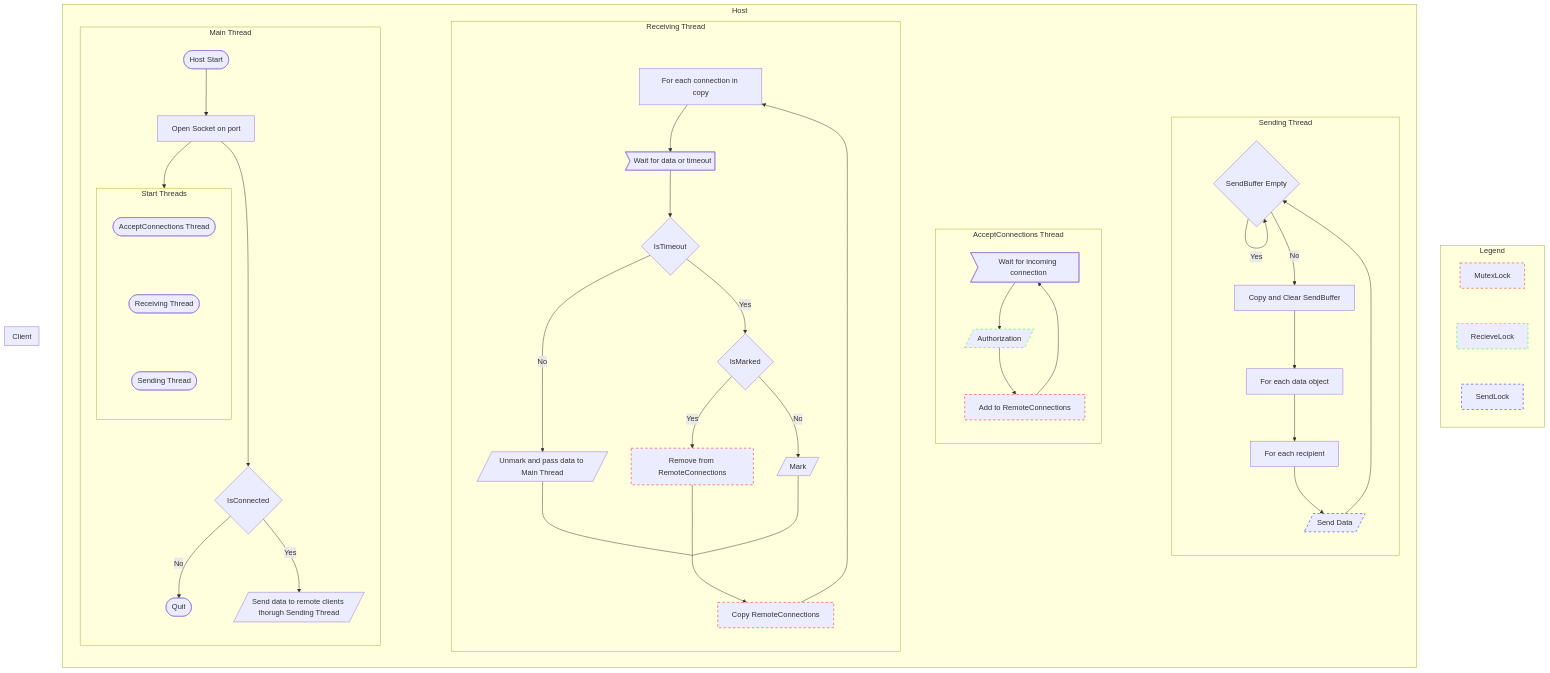
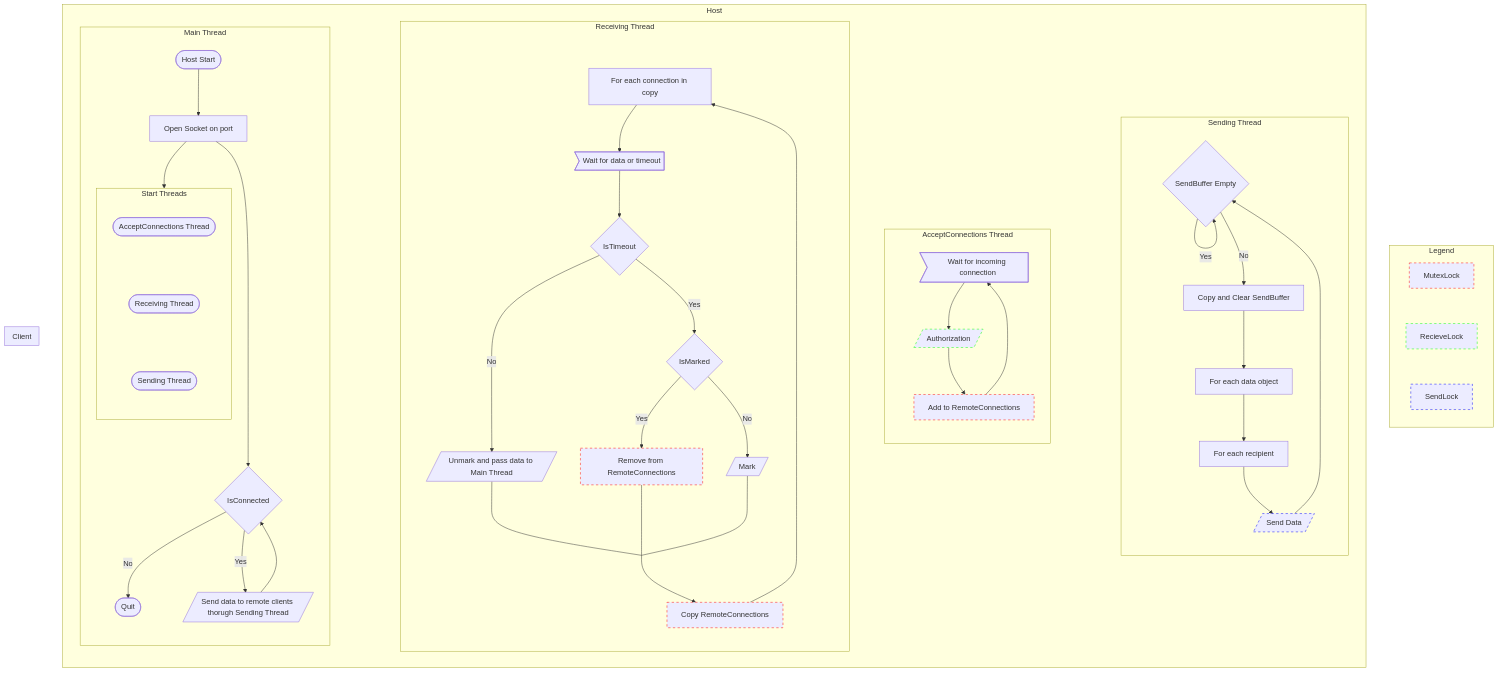
One commit to GMcMichael/ThornNetworking changed the diagram in README.md. Above: the diagram before and after it, drawn with Mermaid.

````diff
--- a/README.md
+++ b/README.md
@@ -1,52 +1,52 @@
 ```mermaid
 flowchart
     subgraph Legend
         direction TB
         ml[MutexLock]:::MutexLock ~~~ rl[RecieveLock]:::RecieveLock ~~~ sl[SendLock]:::SendLock
     end
     subgraph Host
         direction LR
         mt ~~~~ rt ~~~ act ~~~~ st
         subgraph mt [Main Thread]
             direction TB
             A1([Host Start])-->B1[Open Socket on port]
             B1--->D1{IsConnected}
             D1-- No -->E1([Quit])
-            D1-- Yes -->F1[/Send data to remote clients thorugh Sending Thread/]
+            D1-- Yes -->F1[/Send data to remote clients thorugh Sending Thread/] --> D1
             B1-->st1
             subgraph st1 [Start Threads]
                 direction TB
                 G1([AcceptConnections Thread]) ~~~ H1([Receiving Thread]) ~~~ I1([Sending Thread])
             end
         end
         subgraph act [AcceptConnections Thread]
             direction TB
             A2>Wait for incoming connection] --> B2[/Authorization/]:::RecieveLock --> C2[Add to RemoteConnections]:::MutexLock --> A2
         end
         subgraph rt [Receiving Thread]
             direction TB
             A3[Copy RemoteConnections]:::MutexLock --> B3
             h1:::hidden
             subgraph h1[" "]
                 B3[For each connection in copy] --> C3>Wait for data or timeout]:::RecievingLock --> D3{IsTimeout} -- No --> E3[/Unmark and pass data to Main Thread/]
                 D3 -- Yes --> F3{IsMarked} -- Yes --> G3[Remove from RemoteConnections]:::MutexLock
                 F3 -- No --> H3[/Mark/]
             end
             E3 & G3 & H3 --- I3[" "]:::hidden --> A3
         end
         subgraph st [Sending Thread]
             direction TB
             A4{SendBuffer Empty} -- Yes --> A4
             A4 -- No --> B4[Copy and Clear SendBuffer]:::MutexLOck --> C4[For each data object] --> D4[For each recipient]
             D4 --> E4[/Send Data/]:::SendLock --> A4
         end
     end
     subgraph Client
         direction TB
         
     end
     classDef hidden display: none;
     classDef MutexLock stroke:#ff0000, stroke-dasharray: 5 5;
     classDef RecieveLock stroke:#00ff00, stroke-dasharray: 5 5;
     classDef SendLock stroke:#0000ff, stroke-dasharray: 5 5;
 ```
````
